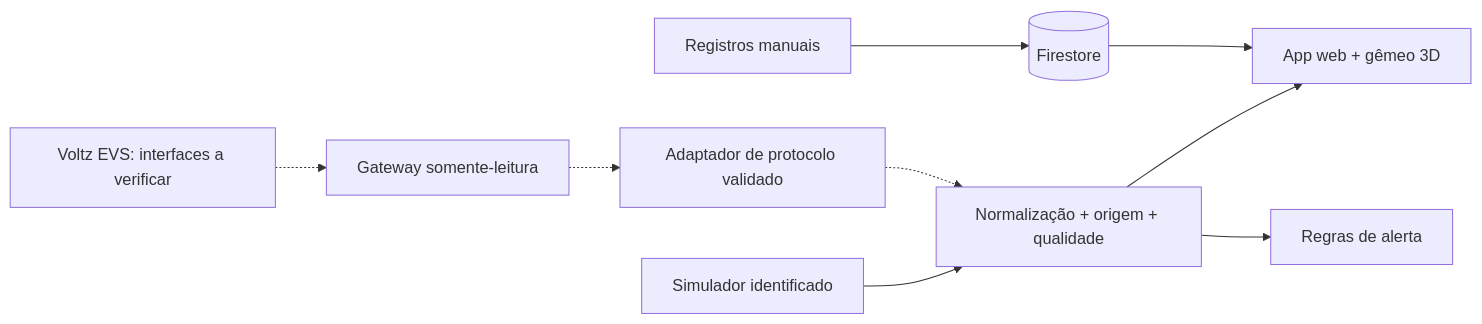
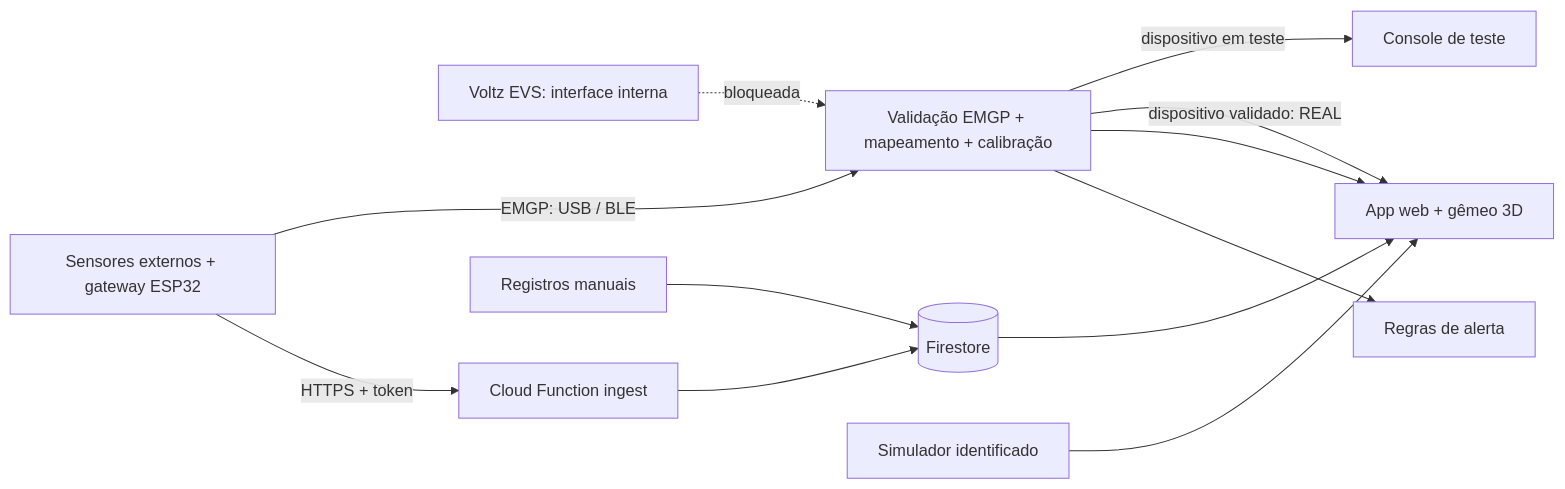
The diagram in README.md (recalchi/EletricMotor), drawn with Mermaid before and after one commit. The commit also changed other lines of this file and 40 other files, not shown here.

First line of the commit message:
feat: conexão real com sensores externos — EMGP, USB/BLE/HTTPS e validação de dispositivos

````diff
--- a/README.md
+++ b/README.md
@@ -98,11 +100,13 @@
 ```mermaid
 flowchart LR
-  A[Voltz EVS: interfaces a verificar] -.-> B[Gateway somente-leitura]
-  B -.-> C[Adaptador de protocolo validado]
-  S[Simulador identificado] --> D
-  C -.-> D[Normalização + origem + qualidade]
+  A[Voltz EVS: interface interna] -.->|bloqueada| D
+  X[Sensores externos + gateway ESP32] -->|EMGP: USB / BLE| D[Validação EMGP + mapeamento + calibração]
+  X -->|HTTPS + token| I[Cloud Function ingest] --> F
+  D -->|dispositivo em teste| T[Console de teste]
+  D -->|dispositivo validado: REAL| H
+  S[Simulador identificado] --> H
   D --> H[App web + gêmeo 3D]
   D --> G[Regras de alerta]
   M[Registros manuais] --> F[(Firestore)]
   F --> H
 ```
````
